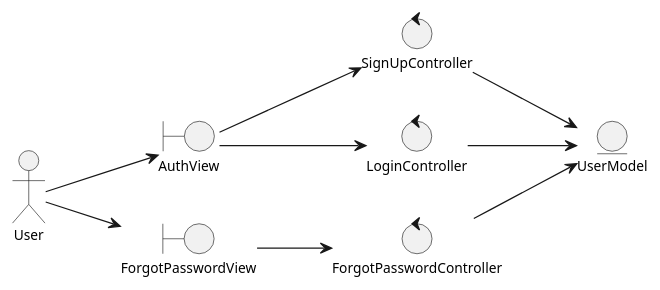
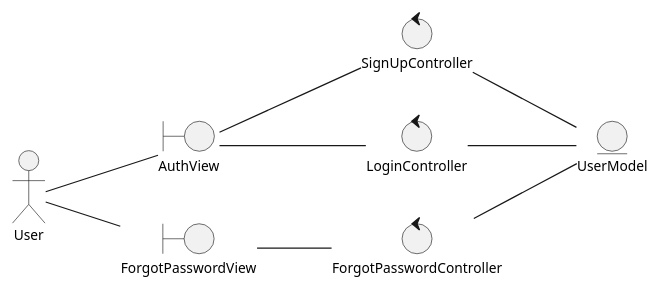
One commit to valeraruggierotesisucv/tesis-frameworks-mobile-diagrams changed the diagram in Análisis/Clases de Análisis/analysisClassDiagramAuthentication.plantuml. Above: the diagram before and after it, drawn with PlantUML. The commit also changed 20 other files, not shown here.

Commit message:
diagrama de traza + diagrama de secuencia + correcciones de maria paula

```diff
--- a/Análisis/Clases de Análisis/analysisClassDiagramAuthentication.plantuml
+++ b/Análisis/Clases de Análisis/analysisClassDiagramAuthentication.plantuml
@@ -1,31 +1,31 @@
 @startuml analysisClassDiagramAuthentication
 skinparam style strictuml
 left to right direction
 skinparam defaultTextAlignment center
 skinparam defaultFontSize 11
 
 
 actor "User" as user
 
 entity "UserModel" as userModel
 
 boundary "AuthView" as authView
 boundary "ForgotPasswordView" as forgotPasswordView
 
 control "SignUpController" as signUpController
 control "LoginController" as loginController
 control "ForgotPasswordController" as forgotPasswordController
 
-user --> authView
-user --> forgotPasswordView
+user -- authView
+user -- forgotPasswordView
 
 
-authView --> signUpController
-authView --> loginController
-forgotPasswordView --> forgotPasswordController
+authView -- signUpController
+authView -- loginController
+forgotPasswordView -- forgotPasswordController
 
-signUpController --> userModel
-loginController --> userModel
-forgotPasswordController --> userModel
+signUpController -- userModel
+loginController -- userModel
+forgotPasswordController -- userModel
 
 @enduml
```
